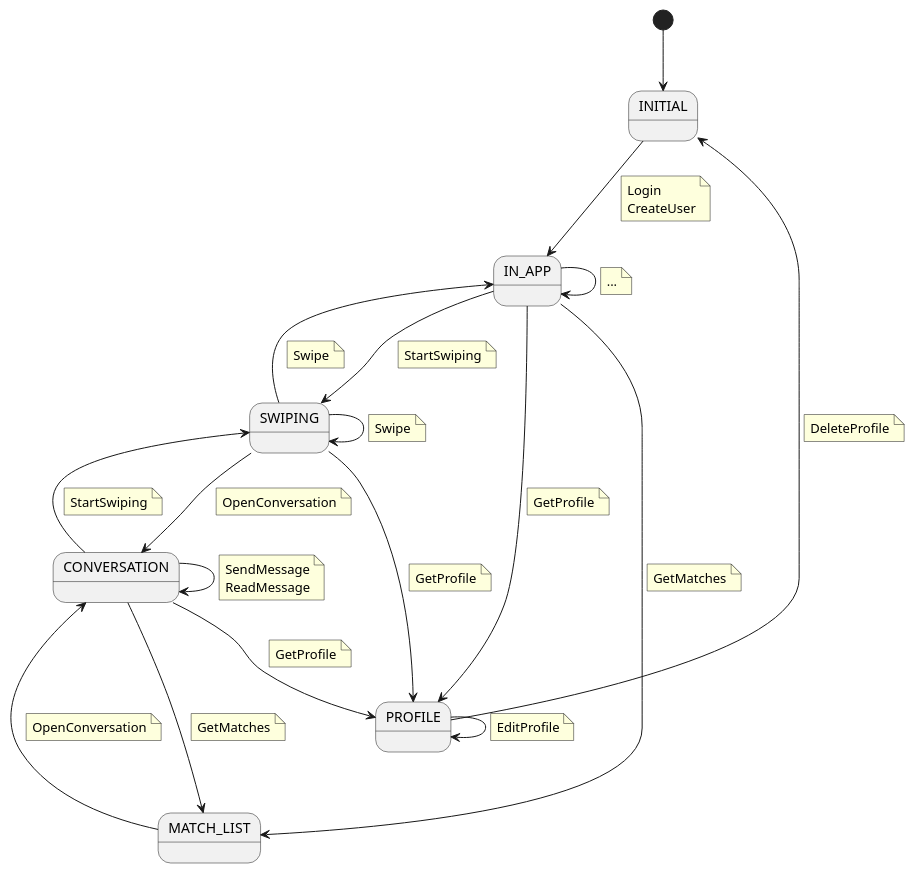
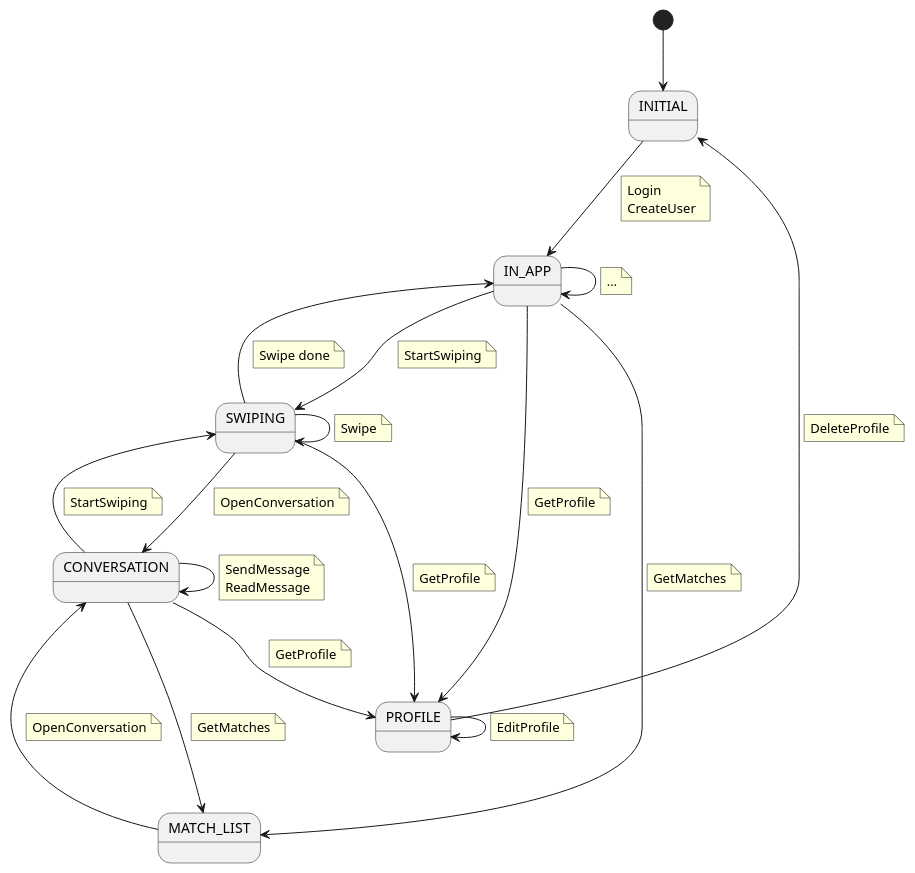
The diagram in docs/src/use-cases/tinder-context.puml (fraylopez/tinder), drawn with PlantUML before and after one commit. The commit also changed 2 other files, not shown here.

```diff
--- a/docs/src/use-cases/tinder-context.puml
+++ b/docs/src/use-cases/tinder-context.puml
@@ -1,82 +1,82 @@
 @startuml
 
 state INITIAL
 state SWIPING
 state CONVERSATION
 state PROFILE
 state MATCH_LIST
 
 [*] --> INITIAL
 INITIAL --> IN_APP
 note on link
 Login
 CreateUser
 end note
 IN_APP --> SWIPING
 note on link
 StartSwiping
 endnote
 SWIPING --> SWIPING
 note on link
 Swipe
 endnote
 IN_APP --> IN_APP
 note on link
 ...
 end note
 IN_APP --> MATCH_LIST
 note on link
 GetMatches
 endnote
 MATCH_LIST --> CONVERSATION
 note on link
 OpenConversation
 endnote
 CONVERSATION ---> MATCH_LIST
 note on link
 GetMatches
 endnote
 CONVERSATION --> CONVERSATION
 note on link
 SendMessage
 ReadMessage
 end note
 IN_APP --> PROFILE
 note on link
 GetProfile
 end note
 PROFILE --> PROFILE
 note on link
 EditProfile
 end note
 PROFILE --> INITIAL
 note on link
 DeleteProfile
 end note
 
 CONVERSATION --> PROFILE
 note on link
 GetProfile
 end note
 SWIPING --> PROFILE
 note on link
 GetProfile
 end note
 SWIPING --> CONVERSATION
 note on link
 OpenConversation
 end note
 CONVERSATION --> SWIPING
 note on link
 StartSwiping
 end note
 
 SWIPING --> IN_APP
 note on link
-Swipe
+Swipe done
 end note
 
 
 
 
 @enduml
```
